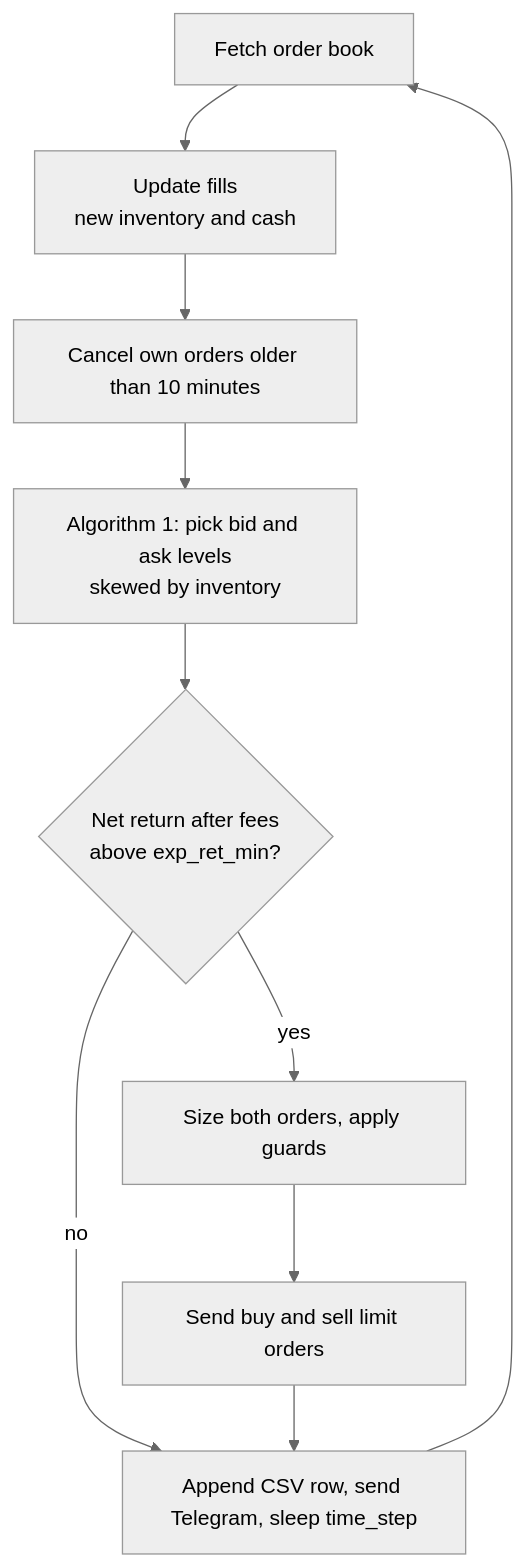
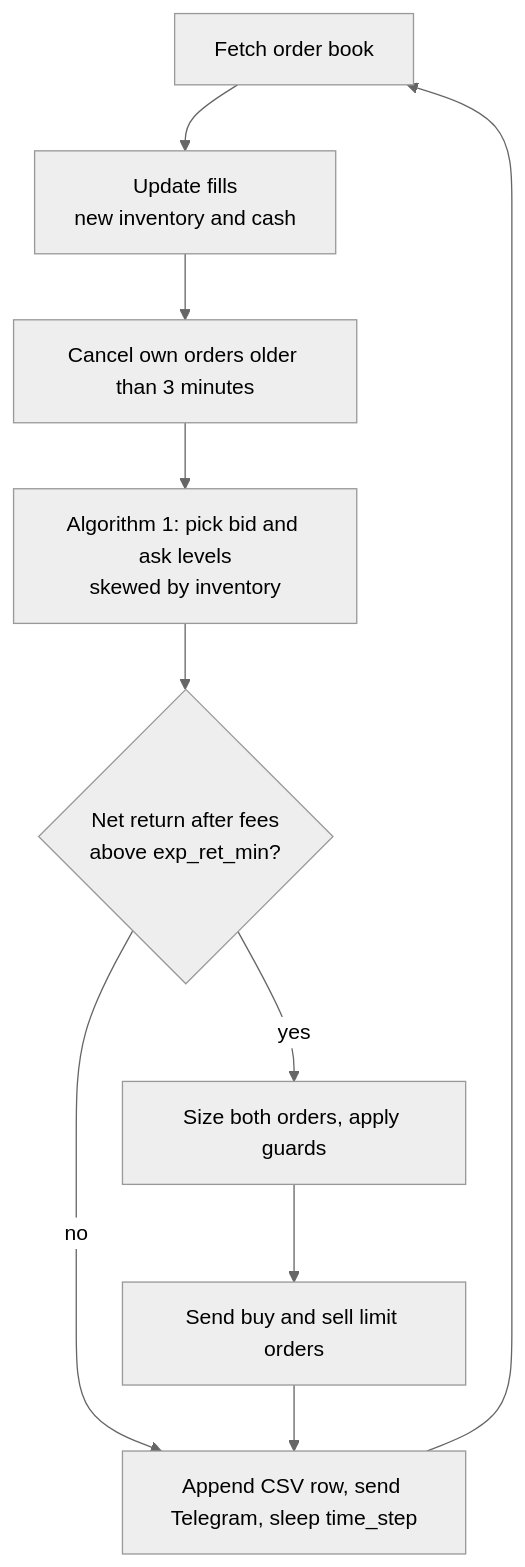
One commit to Alireza77n/Limit-Order-Book changed the second of 2 diagrams in PROJECT_GUIDE.md. Above: the diagram before and after it, drawn with Mermaid (neutral theme). The commit also changed other lines of this file and 25 other files, not shown here.

````diff
--- a/PROJECT_GUIDE.md
+++ b/PROJECT_GUIDE.md
@@ -241,12 +242,12 @@
 ```mermaid
 flowchart TD
     A[Fetch order book] --> B[Update fills<br/>new inventory and cash]
-    B --> C[Cancel own orders older than 10 minutes]
+    B --> C[Cancel own orders older than 3 minutes]
     C --> D[Algorithm 1: pick bid and ask levels<br/>skewed by inventory]
     D --> E{Net return after fees<br/>above exp_ret_min?}
     E -- no --> H
     E -- yes --> F[Size both orders, apply guards]
     F --> G[Send buy and sell limit orders]
     G --> H[Append CSV row, send Telegram, sleep time_step]
     H --> A
 ```
````
